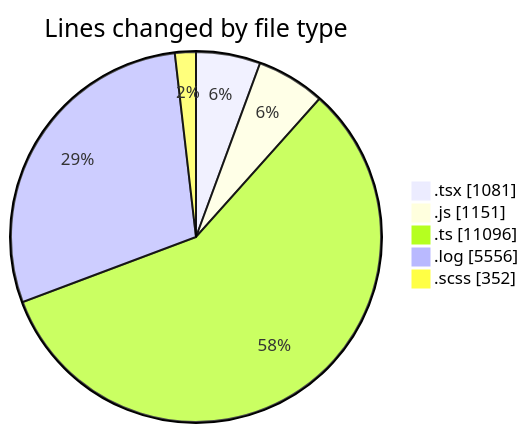
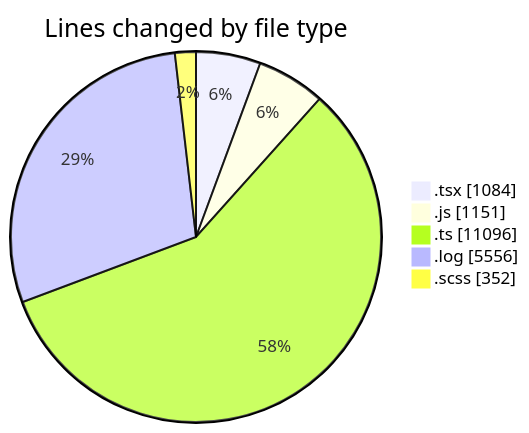
Before and after one commit to momahboobian/code-tracking: the first of 2 diagrams in 2026-04-09/cda/README.md, drawn with Mermaid. The commit also changed other lines of this file and 1 other file, not shown here.

````diff
--- a/2026-04-09/cda/README.md
+++ b/2026-04-09/cda/README.md
@@ -32,9 +32,9 @@
 ```mermaid
 pie showData
 title Lines changed by file type
-".tsx" : 1081
+".tsx" : 1084
 ".js" : 1151
 ".ts" : 11096
 ".log" : 5556
 ".scss" : 352
 ```
````
